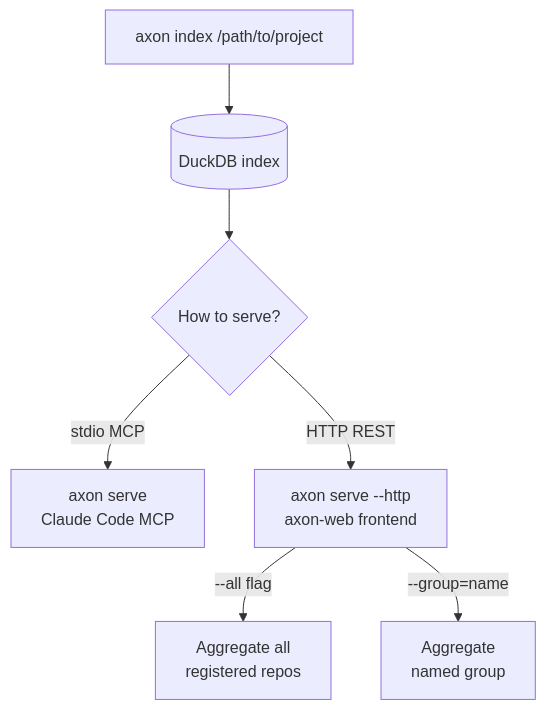
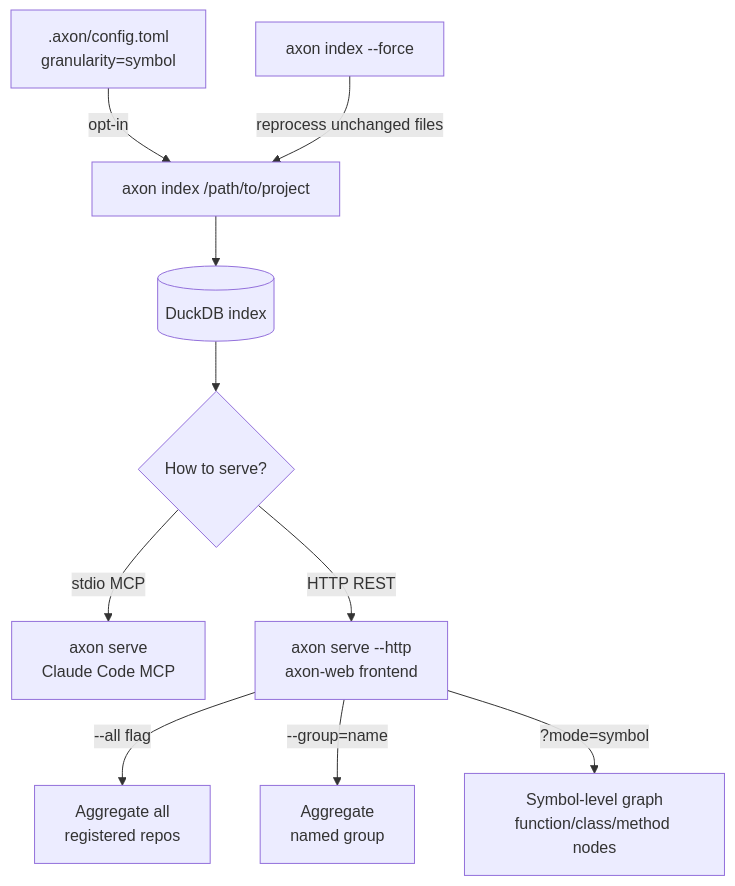
Before and after one commit to HideakiSolutions/axon: the diagram in docs/en/getting-started.md, drawn with Mermaid. The commit also changed other lines of this file and 4 other files, not shown here.

First line of the commit message:
docs: reflect symbol-mode HTTP, call graph extraction, --force flag

````diff
--- a/docs/en/getting-started.md
+++ b/docs/en/getting-started.md
@@ -9,9 +9,12 @@
 ```mermaid
 flowchart TD
     A[axon index /path/to/project] --> B[(DuckDB index)]
+    A2[.axon/config.toml<br/>granularity=symbol] -->|opt-in| A
+    A3[axon index --force] -->|reprocess unchanged files| A
     B --> C{How to serve?}
-    C -->|stdio MCP| D[axon serve\nClaude Code MCP]
-    C -->|HTTP REST| E[axon serve --http\naxon-web frontend]
-    E -->|--all flag| F[Aggregate all\nregistered repos]
-    E -->|--group=name| G[Aggregate\nnamed group]
+    C -->|stdio MCP| D[axon serve<br/>Claude Code MCP]
+    C -->|HTTP REST| E[axon serve --http<br/>axon-web frontend]
+    E -->|--all flag| F[Aggregate all<br/>registered repos]
+    E -->|--group=name| G[Aggregate<br/>named group]
+    E -->|?mode=symbol| H[Symbol-level graph<br/>function/class/method nodes]
 ```
````
